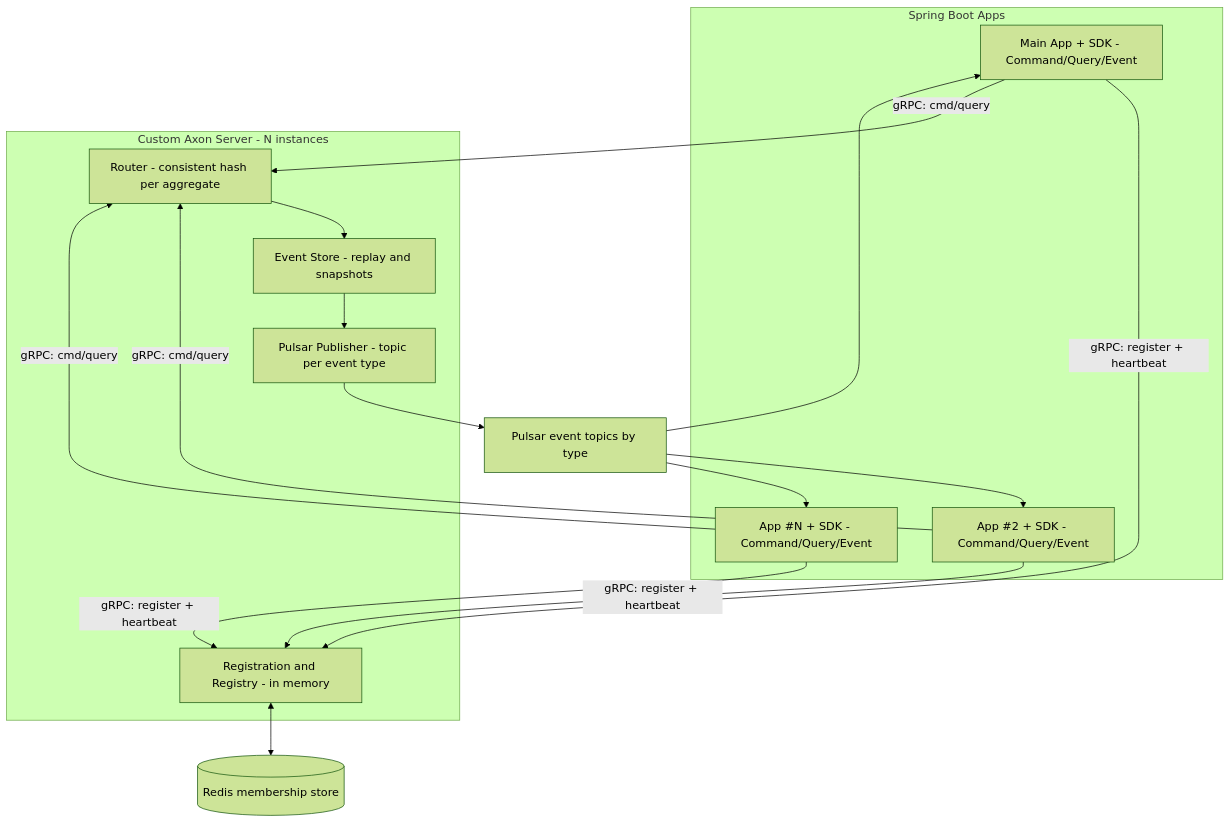
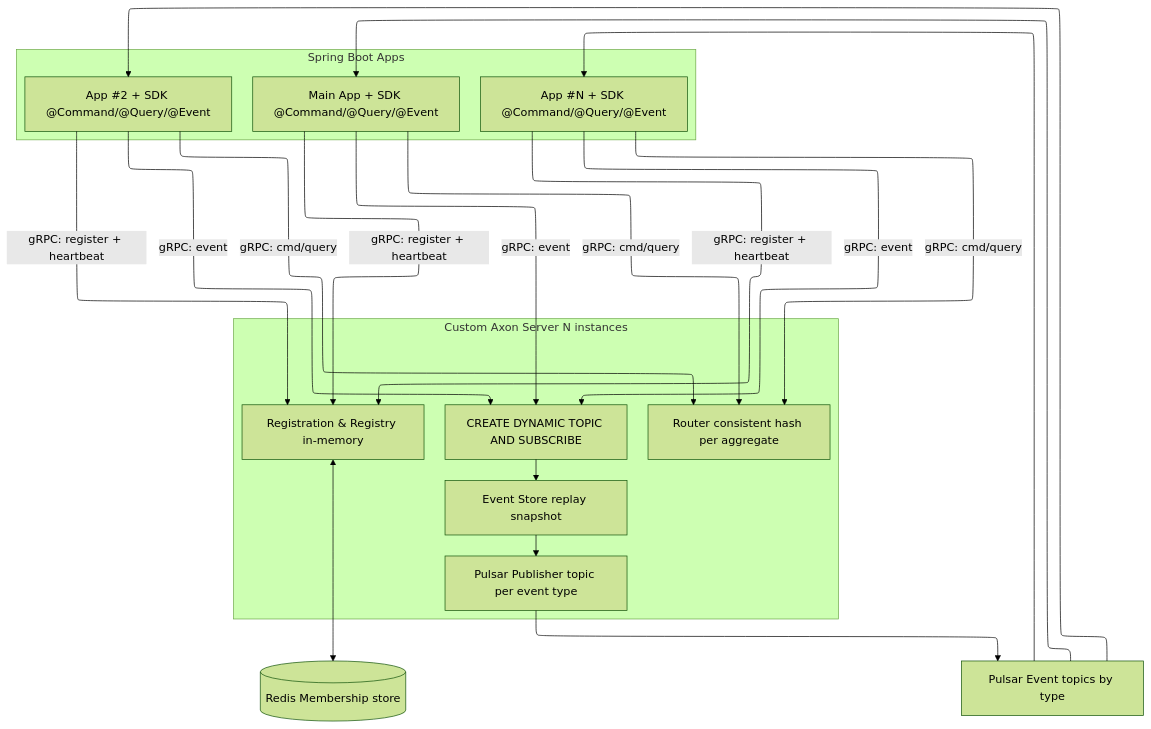
Before and after one commit to SanzarRehman/mobileapp: the first of 6 diagrams in ARCHITECTURE_DOCUMENTATION.md, drawn with Mermaid (forest theme). The commit also changed 1 other file, not shown here.

Commit message:
Refactor architecture documentation and remove unused services from docker-compose

````diff
--- a/ARCHITECTURE_DOCUMENTATION.md
+++ b/ARCHITECTURE_DOCUMENTATION.md
@@ -97,36 +97,36 @@
 ```mermaid
+%%{init: { 'flowchart': { 'defaultRenderer': 'elk' } }}%%
 flowchart TB
-  subgraph Apps[Spring Boot Apps]
-    A1[Main App + SDK - Command/Query/Event]
-    A2[App #2 + SDK - Command/Query/Event]
-    A3[App #N + SDK - Command/Query/Event]
+  subgraph Apps["Spring Boot Apps"]
+    A1["Main App + SDK @Command/@Query/@Event"]
+    A2["App #2 + SDK @Command/@Query/@Event"]
+    A3["App #N + SDK @Command/@Query/@Event"]
   end
 
-  subgraph Server[Custom Axon Server - N instances]
-    REG[Registration and Registry - in memory]
-    ROUTE[Router - consistent hash per aggregate]
-    STORE[Event Store - replay and snapshots]
-    PUB[Pulsar Publisher - topic per event type]
+  subgraph Server["Custom Axon Server N instances"]
+    REG["Registration & Registry in-memory"]
+    ROUTE["Router consistent hash per aggregate"]
+    EVENTREGISTER["CREATE DYNAMIC TOPIC AND SUBSCRIBE"]
+    STORE["Event Store replay snapshot"]
+    PUB["Pulsar Publisher topic per event type"]
   end
 
-  REDIS[(Redis membership store)]
-  PUL[Pulsar event topics by type]
+  A1 -- gRPC: register + heartbeat --> REG
+  A2 -- gRPC: register + heartbeat --> REG
+  A3 -- gRPC: register + heartbeat --> REG
 
-  A1 -->|gRPC: register + heartbeat| REG
-  A2 -->|gRPC: register + heartbeat| REG
-  A3 -->|gRPC: register + heartbeat| REG
+  REG <--> REDIS[("Redis Membership store")]
 
-  REG <--> REDIS
+  A1 -- gRPC: cmd/query --> ROUTE
+  A1 -- gRPC: event --> EVENTREGISTER
+  A2 -- gRPC: cmd/query --> ROUTE
+  A2 -- gRPC: event --> EVENTREGISTER
+  A3 -- gRPC: cmd/query --> ROUTE
+  A3 -- gRPC: event --> EVENTREGISTER
 
-  A1 -->|gRPC: cmd/query| ROUTE
-  A2 -->|gRPC: cmd/query| ROUTE
-  A3 -->|gRPC: cmd/query| ROUTE
+  EVENTREGISTER --> STORE
+  STORE --> PUB
+  PUB --> PUL["Pulsar Event topics by type"]
 
-  ROUTE --> STORE
-  STORE --> PUB
-  PUB --> PUL
-
-  PUL --> A1
-  PUL --> A2
-  PUL --> A3
+  PUL --> A1 & A2 & A3
 ```
````
